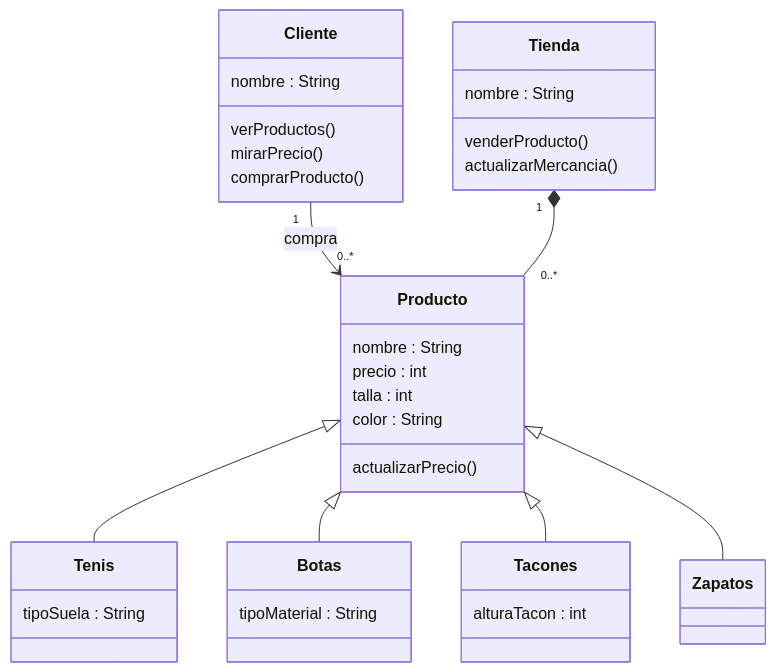
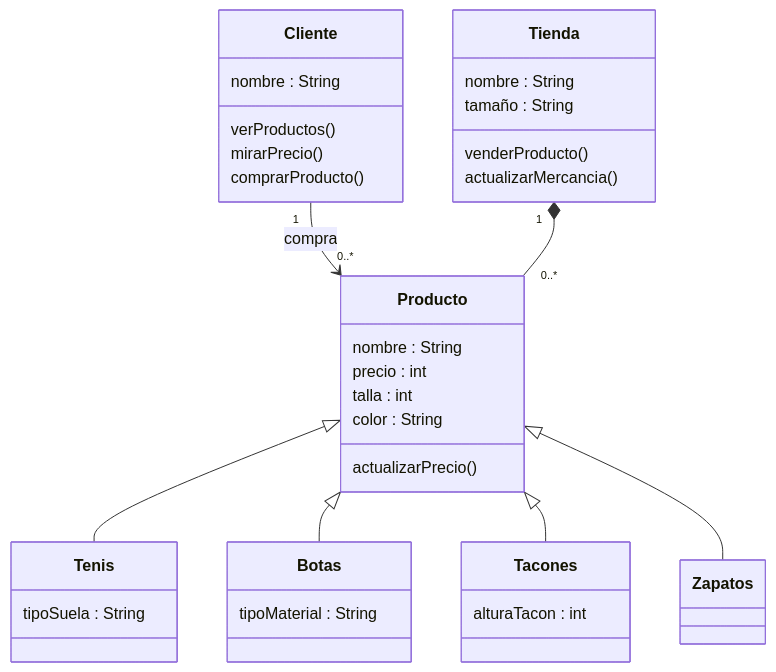
Before and after one commit to dabarretor/Reto-2-diagramas-tipo-UML: the diagram in README.md, drawn with Mermaid.

````diff
--- a/README.md
+++ b/README.md
@@ -8,44 +8,45 @@
 ```mermaid
 classDiagram
 
 Cliente "1" --> "0..*" Producto : compra
 Tienda "1" *-- "0..*" Producto
 
 class Tienda {
     nombre : String
+    tamaño : String
     venderProducto()
     actualizarMercancia()
 }
 
 class Cliente {
     nombre : String
     verProductos()
     mirarPrecio()
     comprarProducto()
 }
 
 class Producto {
     nombre : String
     precio : int
     talla : int
     color : String
     actualizarPrecio()
 }
 
 class Tenis {
     tipoSuela : String
 }
 
 class Tacones {
     alturaTacon : int
 }
 
 class Botas {
     tipoMaterial : String
 }
 
 Producto <|-- Tenis
 Producto <|-- Botas
 Producto <|-- Tacones
 Producto <|-- Zapatos
 ```
````
